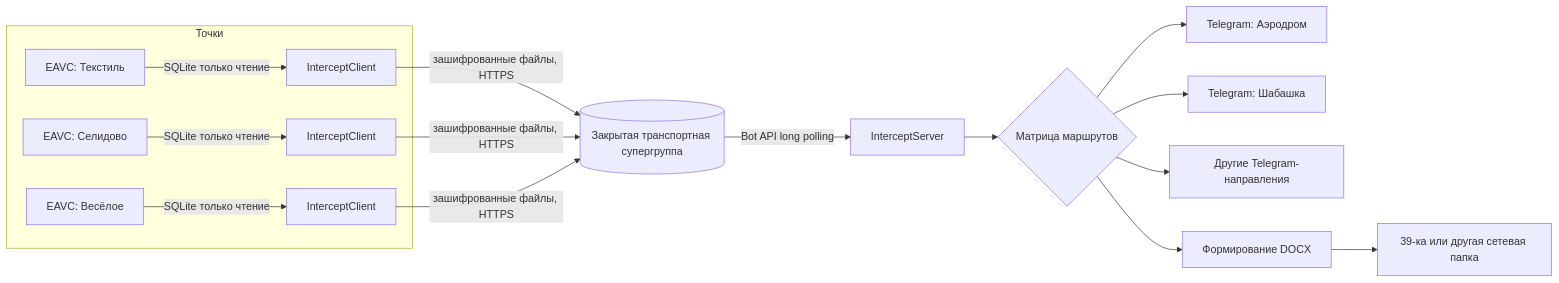
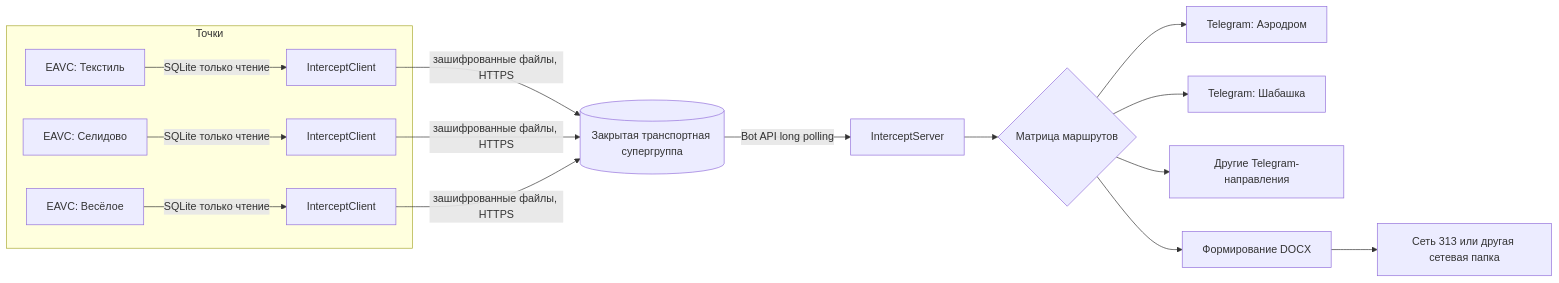
One commit to DmitryFPS/intercept-go changed the diagram in docs/02-architecture.md. Above: the diagram before and after it, drawn with Mermaid. The commit also changed other lines of this file and 18 other files, not shown here.

````diff
--- a/docs/02-architecture.md
+++ b/docs/02-architecture.md
@@ -5,17 +5,17 @@
 ```mermaid
 flowchart LR
   subgraph Points[Точки]
     E1[EAVC: Текстиль] -->|SQLite только чтение| C1[InterceptClient]
     E2[EAVC: Селидово] -->|SQLite только чтение| C2[InterceptClient]
     E3[EAVC: Весёлое] -->|SQLite только чтение| C3[InterceptClient]
   end
 
   C1 & C2 & C3 -->|зашифрованные файлы, HTTPS| TG[(Закрытая транспортная супергруппа)]
   TG -->|Bot API long polling| S[InterceptServer]
   S --> R{Матрица маршрутов}
   R --> A[Telegram: Аэродром]
   R --> B[Telegram: Шабашка]
   R --> X[Другие Telegram-направления]
   R --> W[Формирование DOCX]
-  W --> M[39-ка или другая сетевая папка]
+  W --> M[Сеть 313 или другая сетевая папка]
 ```
````
